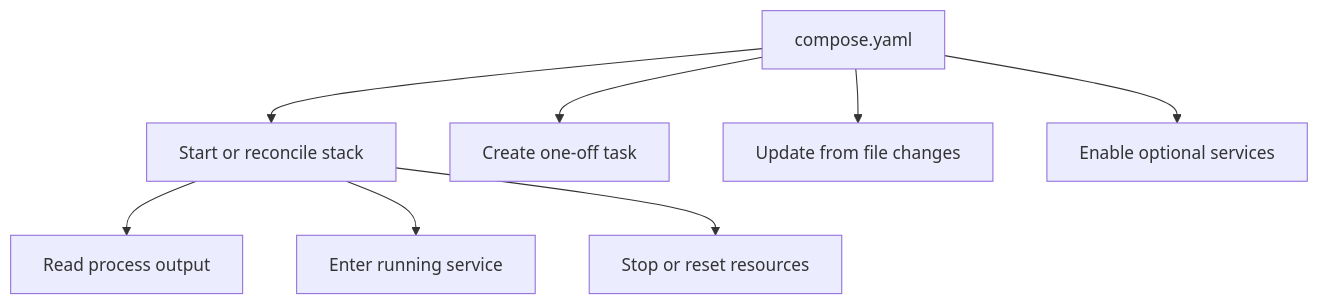
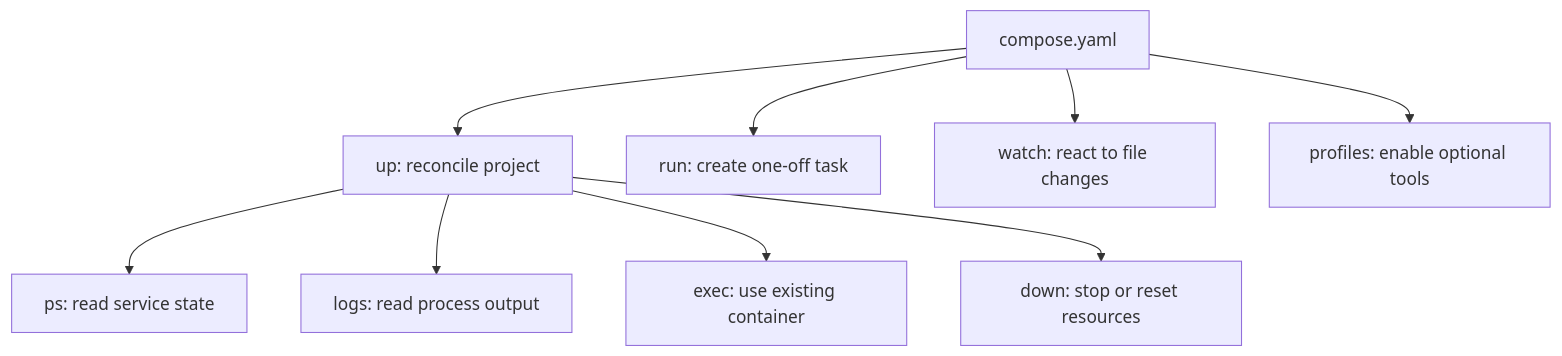
Before and after one commit to senlinyy/dev-roadmaps: the diagram in containers-orchestration/docker/compose/compose-development-workflows.md, drawn with Mermaid. The commit also changed other lines of this file and 610 other files, not shown here.

````diff
--- a/containers-orchestration/docker/compose/compose-development-workflows.md
+++ b/containers-orchestration/docker/compose/compose-development-workflows.md
@@ -40,19 +32,21 @@
 ```mermaid
 flowchart TD
     Model["compose.yaml"]
-    Up["Start or reconcile stack"]
-    Logs["Read process output"]
-    Exec["Enter running service"]
-    Run["Create one-off task"]
-    Watch["Update from file changes"]
-    Profiles["Enable optional services"]
-    Down["Stop or reset resources"]
+    Up["up: reconcile project"]
+    Ps["ps: read service state"]
+    Logs["logs: read process output"]
+    Exec["exec: use existing container"]
+    Run["run: create one-off task"]
+    Watch["watch: react to file changes"]
+    Profiles["profiles: enable optional tools"]
+    Down["down: stop or reset resources"]
 
     Model --> Up
+    Up --> Ps
     Up --> Logs
     Up --> Exec
     Model --> Run
     Model --> Watch
     Model --> Profiles
     Up --> Down
 ```
````
